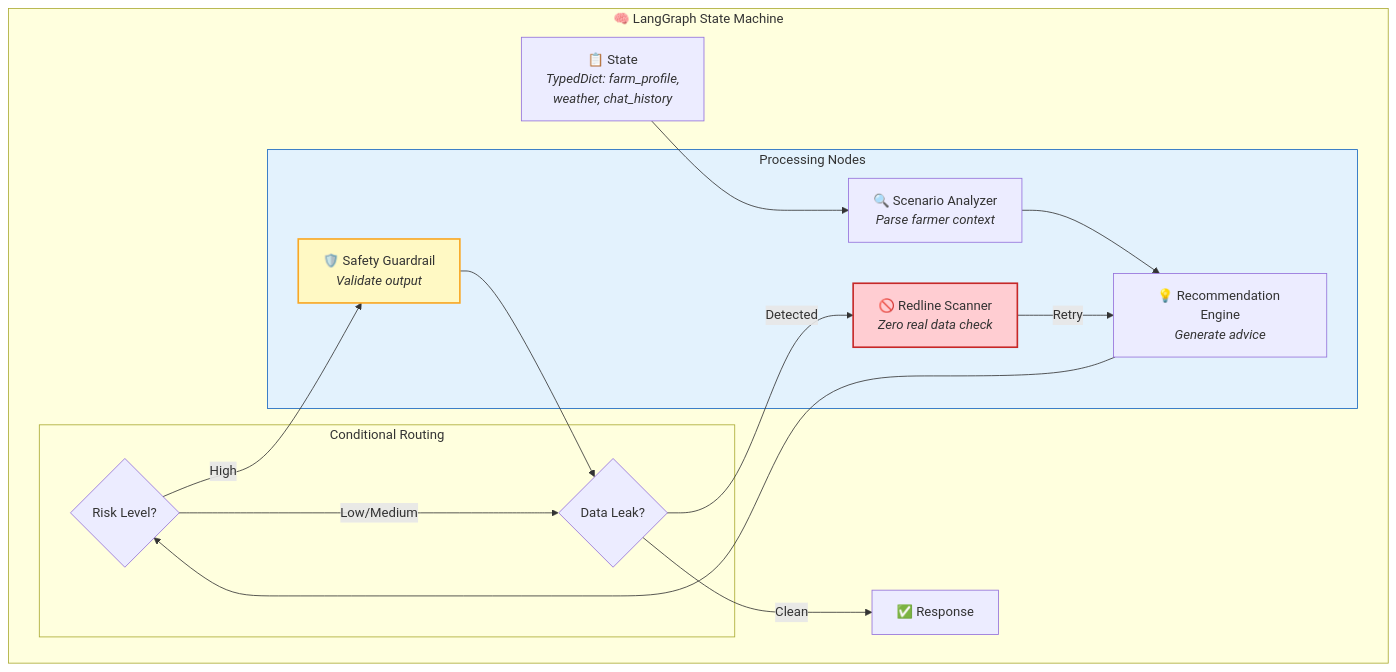
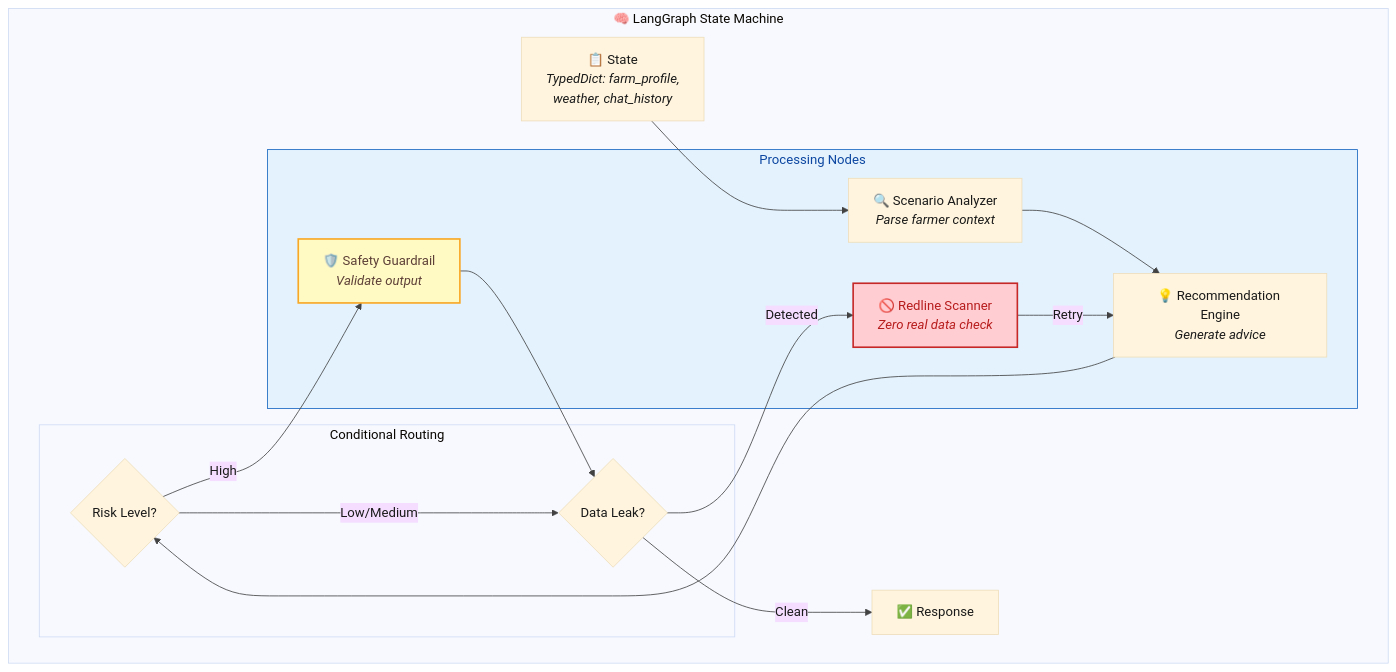
One commit to Px8Studio/yonja changed the ninth of 19 diagrams in docs/zekalab/03-ARCHITECTURE.md. Above: the diagram before and after it, drawn with Mermaid. The commit also changed other lines of this file and 2 other files, not shown here.

Commit message:
Refine styling in architecture diagrams for improved clarity and consistency

````diff
--- a/docs/zekalab/03-ARCHITECTURE.md
+++ b/docs/zekalab/03-ARCHITECTURE.md
@@ -323,32 +329,33 @@
 ```mermaid
+%%{init: {'theme': 'base', 'themeVariables': { 'primaryTextColor': '#1a1a1a', 'lineColor': '#424242'}}}%%
 flowchart TB
     subgraph graph["🧠 LangGraph State Machine"]
         state["📋 State<br/><i>TypedDict: farm_profile,<br/>weather, chat_history</i>"]
         
         subgraph nodes["Processing Nodes"]
             analyze["🔍 Scenario Analyzer<br/><i>Parse farmer context</i>"]
             recommend["💡 Recommendation Engine<br/><i>Generate advice</i>"]
             guard["🛡️ Safety Guardrail<br/><i>Validate output</i>"]
             redline["🚫 Redline Scanner<br/><i>Zero real data check</i>"]
         end
         
         subgraph edges["Conditional Routing"]
             cond1{"Risk Level?"}
             cond2{"Data Leak?"}
         end
         
         state --> analyze
         analyze --> recommend
         recommend --> cond1
         cond1 -->|"High"| guard
         cond1 -->|"Low/Medium"| cond2
         guard --> cond2
         cond2 -->|"Clean"| output["✅ Response"]
         cond2 -->|"Detected"| redline
         redline -->|"Retry"| recommend
     end
     
-    style nodes fill:#e3f2fd,stroke:#1565c0
-    style guard fill:#fff9c4,stroke:#f9a825,stroke-width:2px
-    style redline fill:#ffcdd2,stroke:#c62828,stroke-width:2px
+    style nodes fill:#e3f2fd,stroke:#1565c0,color:#0d47a1
+    style guard fill:#fff9c4,stroke:#f9a825,stroke-width:2px,color:#5d4037
+    style redline fill:#ffcdd2,stroke:#c62828,stroke-width:2px,color:#b71c1c
 ```
````
